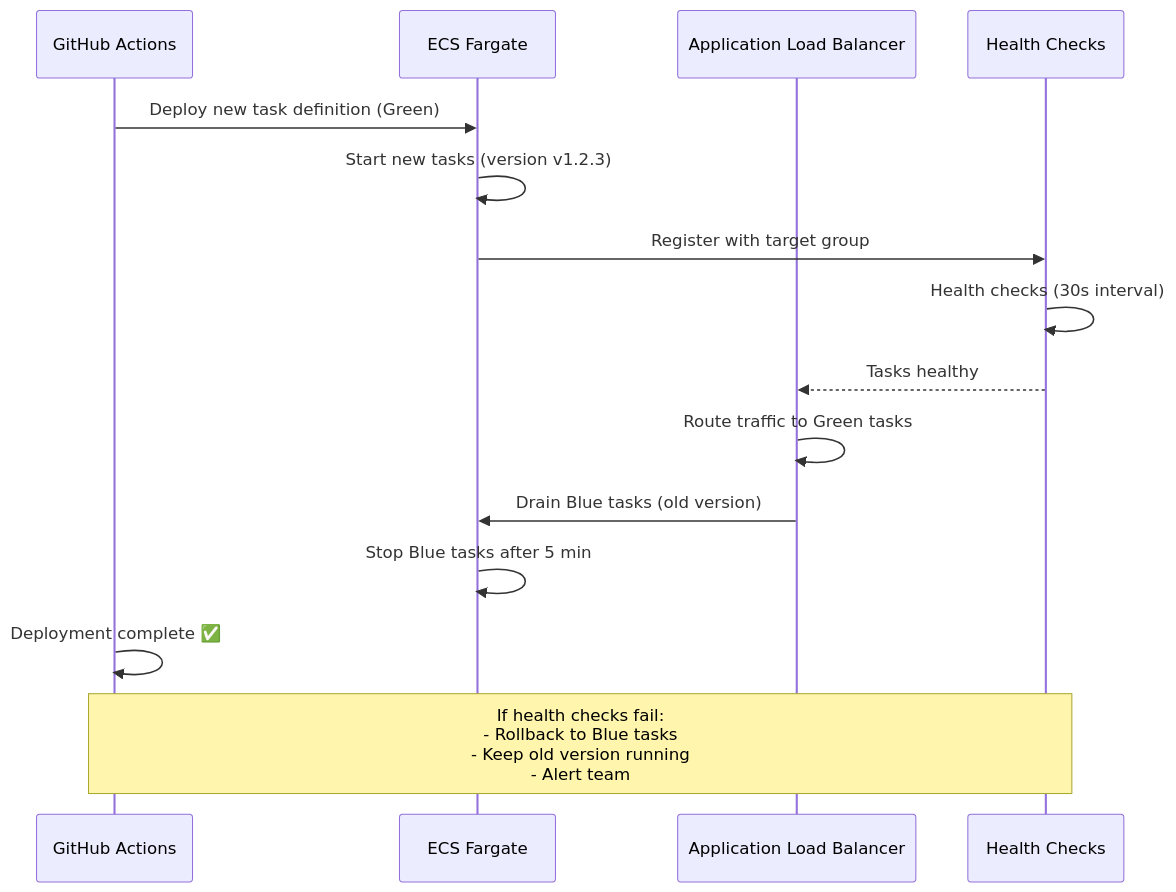
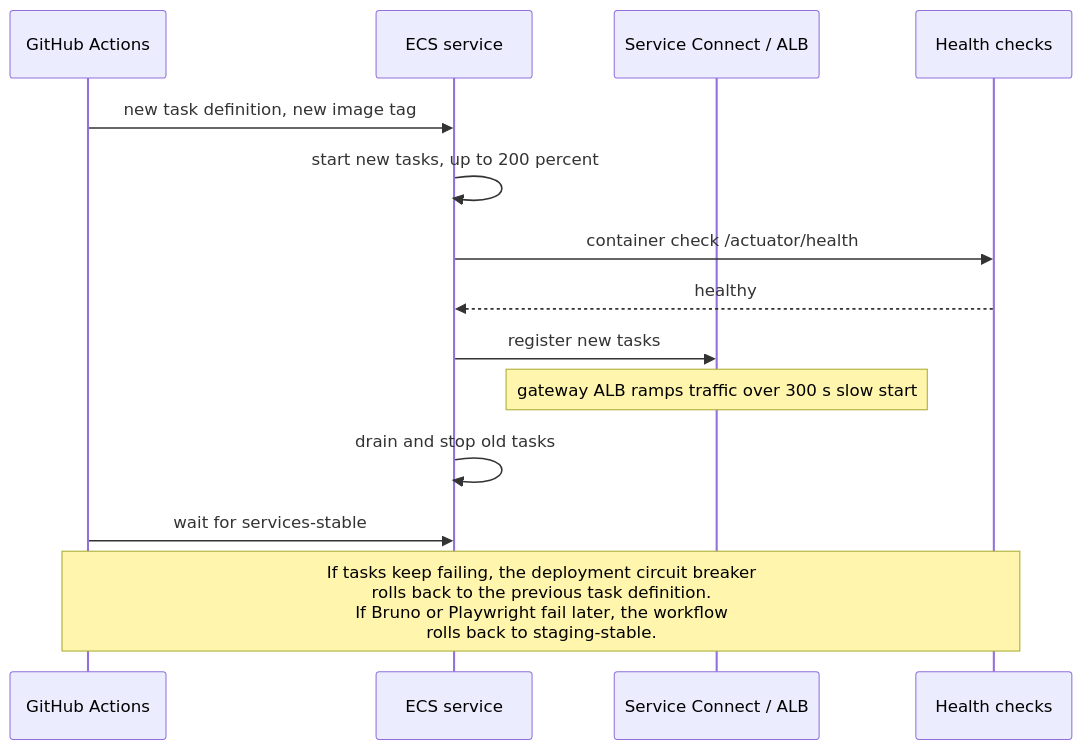
Before and after one commit to nissimbuchs/BATbern2: diagram 15 of 26 in docs/architecture/02-infrastructure-deployment.md, drawn with Mermaid. The commit also changed other lines of this file and 164 other files, not shown here.

First line of the commit message:
docs: documentation audit before BATbern60 (user guide, screenshots, PRD, architecture diagrams) (#1224)

````diff
--- a/docs/architecture/02-infrastructure-deployment.md
+++ b/docs/architecture/02-infrastructure-deployment.md
@@ -986,19 +858,17 @@
 ```mermaid
 sequenceDiagram
     participant CICD as GitHub Actions
-    participant ECS as ECS Fargate
-    participant ALB as Application Load Balancer
-    participant HEALTH as Health Checks
+    participant ECS as ECS service
+    participant SC as Service Connect / ALB
+    participant HEALTH as Health checks
 
-    CICD->>ECS: Deploy new task definition (Green)
-    ECS->>ECS: Start new tasks (version v1.2.3)
-    ECS->>HEALTH: Register with target group
-    HEALTH->>HEALTH: Health checks (30s interval)
-    HEALTH-->>ALB: Tasks healthy
-    ALB->>ALB: Route traffic to Green tasks
-    ALB->>ECS: Drain Blue tasks (old version)
-    ECS->>ECS: Stop Blue tasks after 5 min
-    CICD->>CICD: Deployment complete ✅
-
-    Note over CICD,HEALTH: If health checks fail:<br/>- Rollback to Blue tasks<br/>- Keep old version running<br/>- Alert team
+    CICD->>ECS: new task definition, new image tag
+    ECS->>ECS: start new tasks, up to 200 percent
+    ECS->>HEALTH: container check /actuator/health
+    HEALTH-->>ECS: healthy
+    ECS->>SC: register new tasks
+    Note over SC: gateway ALB ramps traffic over 300 s slow start
+    ECS->>ECS: drain and stop old tasks
+    CICD->>ECS: wait for services-stable
+    Note over CICD,HEALTH: If tasks keep failing, the deployment circuit breaker<br/>rolls back to the previous task definition.<br/>If Bruno or Playwright fail later, the workflow<br/>rolls back to staging-stable.
 ```
````
